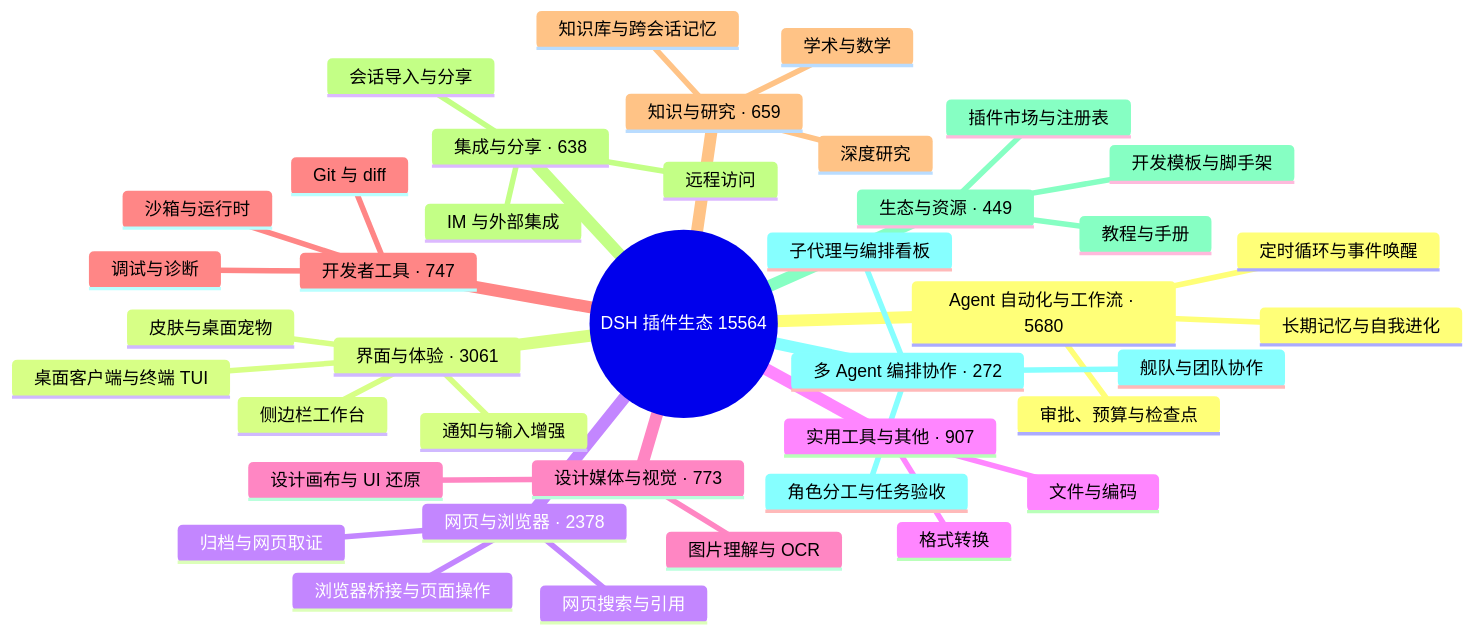
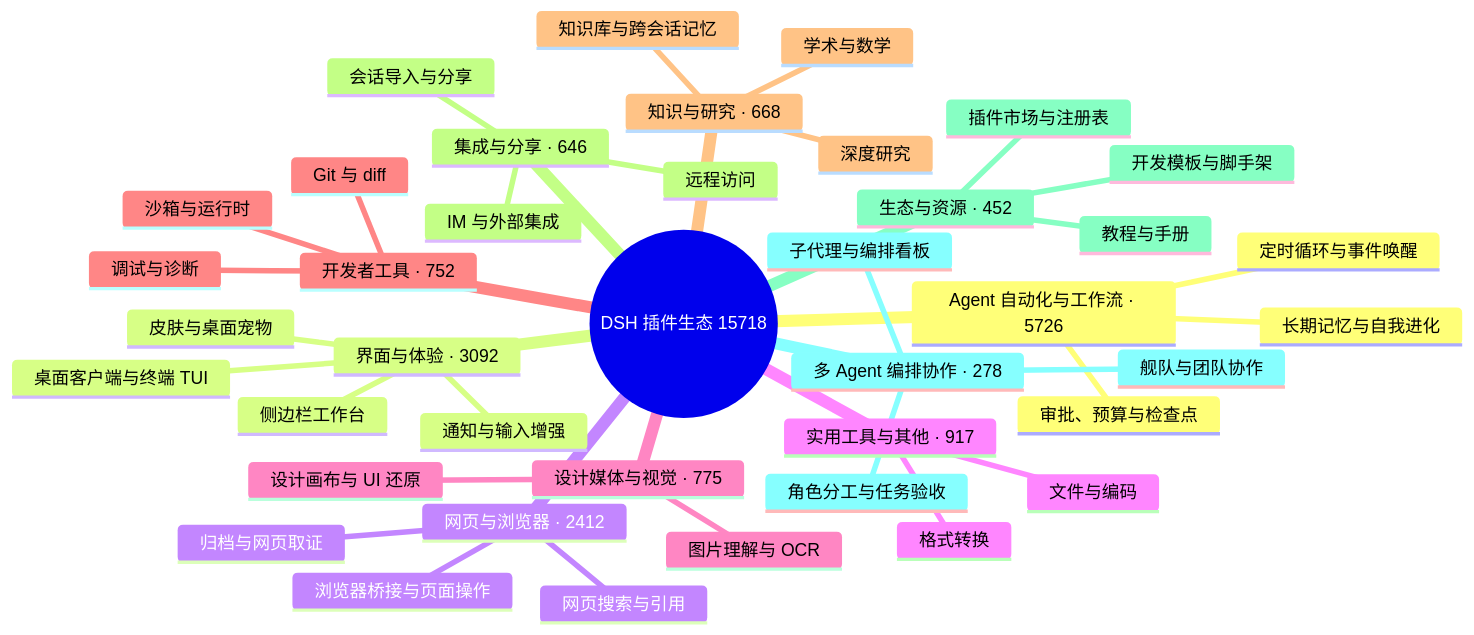
One commit to bruc3van/awesome-dsh-plugin changed the diagram in README.md. Above: the diagram before and after it, drawn with Mermaid. The commit also changed other lines of this file and 25 other files, not shown here.

````diff
--- a/README.md
+++ b/README.md
@@ -16,43 +16,43 @@
 ```mermaid
 mindmap
-  root((DSH 插件生态 15564))
-    Agent 自动化与工作流 · 5680
+  root((DSH 插件生态 15718))
+    Agent 自动化与工作流 · 5726
       定时循环与事件唤醒
       长期记忆与自我进化
       审批、预算与检查点
-    界面与体验 · 3061
+    界面与体验 · 3092
       桌面客户端与终端 TUI
       侧边栏工作台
       皮肤与桌面宠物
       通知与输入增强
-    网页与浏览器 · 2378
+    网页与浏览器 · 2412
       浏览器桥接与页面操作
       网页搜索与引用
       归档与网页取证
-    实用工具与其他 · 907
+    实用工具与其他 · 917
       文件与编码
       格式转换
-    设计媒体与视觉 · 773
+    设计媒体与视觉 · 775
       图片理解与 OCR
       设计画布与 UI 还原
-    开发者工具 · 747
+    开发者工具 · 752
       Git 与 diff
       沙箱与运行时
       调试与诊断
-    知识与研究 · 659
+    知识与研究 · 668
       知识库与跨会话记忆
       深度研究
       学术与数学
-    集成与分享 · 638
+    集成与分享 · 646
       会话导入与分享
       远程访问
       IM 与外部集成
-    生态与资源 · 449
+    生态与资源 · 452
       插件市场与注册表
       开发模板与脚手架
       教程与手册
-    多 Agent 编排协作 · 272
+    多 Agent 编排协作 · 278
       子代理与编排看板
       舰队与团队协作
       角色分工与任务验收
 ```
````
